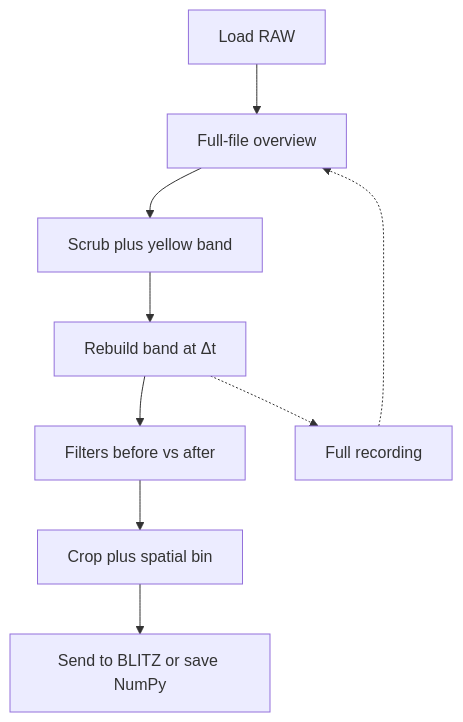
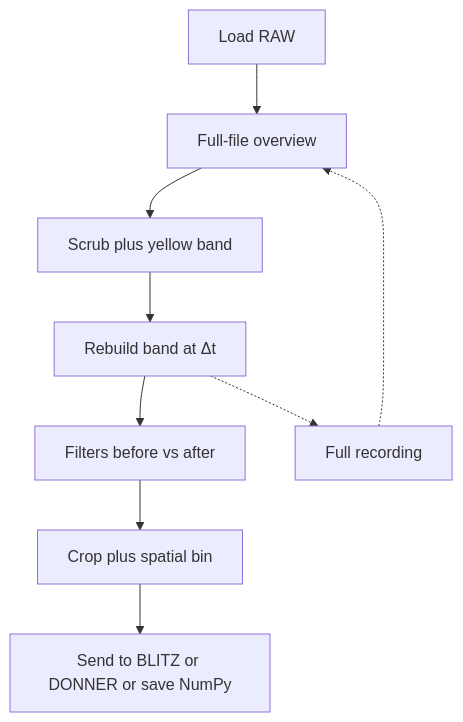
Before and after one commit to PiMaV/event-reader: the first of 2 diagrams in README.md, drawn with Mermaid. The commit also changed other lines of this file and 8 other files, not shown here.

Commit message:
Relay viewer_index to the Event reader timeline and other stream clients.

````diff
--- a/README.md
+++ b/README.md
@@ -24,11 +24,11 @@
 ```mermaid
 flowchart TD
   load[Load RAW] --> fullOv[Full-file overview]
   fullOv --> scrub[Scrub plus yellow band]
   scrub --> restag[Rebuild band at Δt]
   restag --> filt[Filters before vs after]
   restag -.-> fullRec[Full recording]
   fullRec -.-> fullOv
   filt --> crop[Crop plus spatial bin]
-  crop --> out[Send to BLITZ or save NumPy]
+  crop --> out[Send to BLITZ or DONNER or save NumPy]
 ```
````
